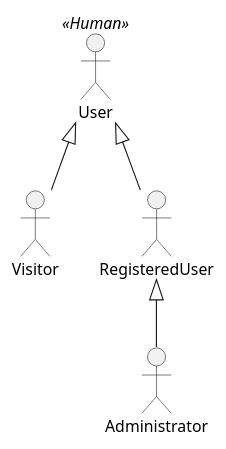
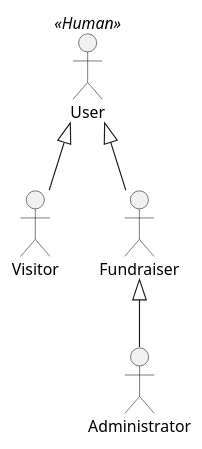
Before and after one commit to mlnomadpy/Sahem: the diagram in Conception/Diagrams/plantUml/Actors/actors.puml, drawn with PlantUML. The commit also changed 30 other files, not shown here.

Commit message:
exported diagrams in out/conception

```diff
--- a/Conception/Diagrams/plantUml/Actors/actors.puml
+++ b/Conception/Diagrams/plantUml/Actors/actors.puml
@@ -1,11 +1,11 @@
 @startuml Actors
 actor User as A1 << Human >>
 actor Visitor as A2
-actor RegisteredUser as A3
+actor Fundraiser as A3
 actor Administrator as A5
 A1 <|-down- A3
 A1 <|-down- A2
 A3 <|-down- A5
 
 
 @enduml
```
